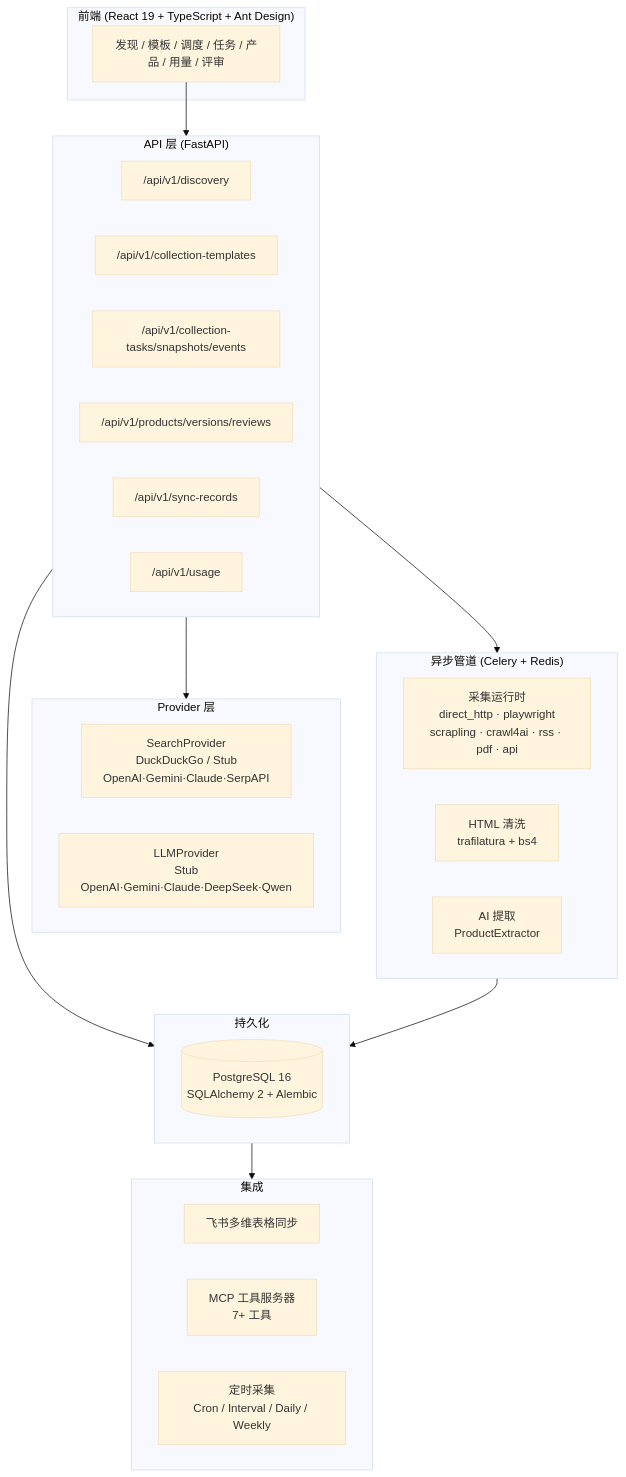
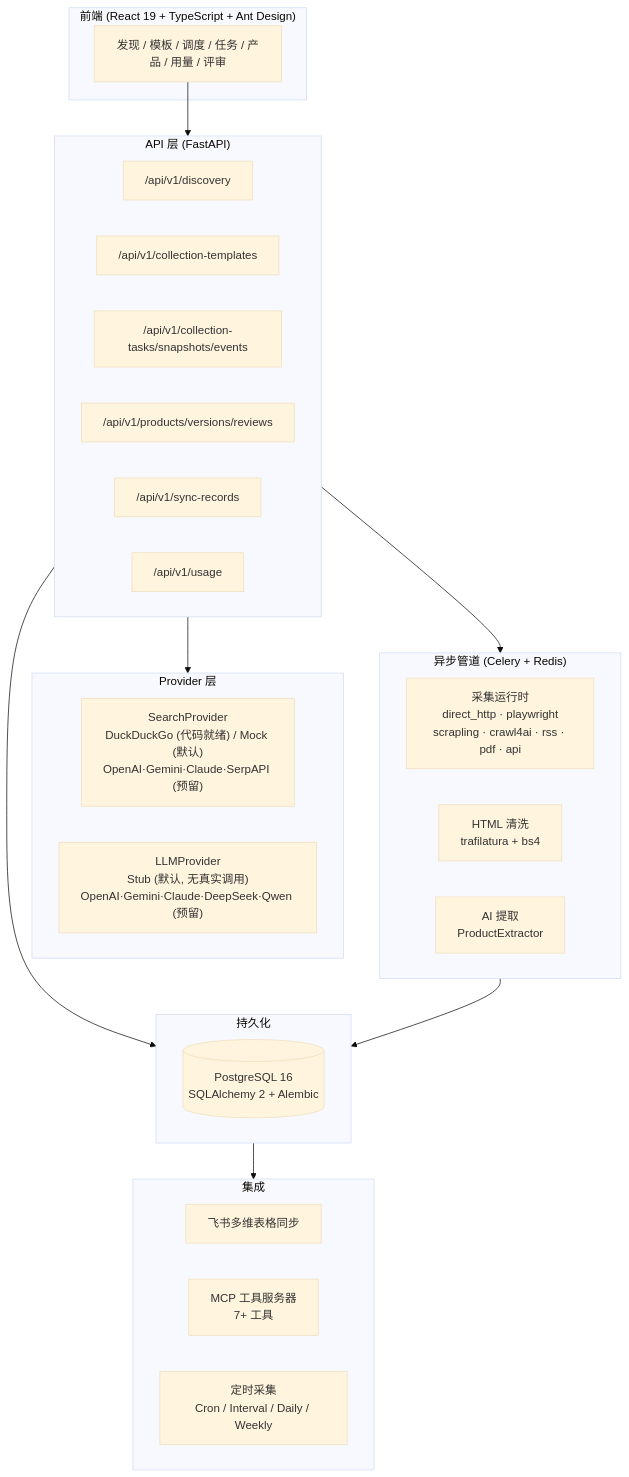
Before and after one commit to a672780966/Competitive-Product-Intelligence-System: the second of 2 diagrams in README.md, drawn with Mermaid (base theme). The commit also changed other lines of this file and 23 other files, not shown here.

````diff
--- a/README.md
+++ b/README.md
@@ -80,44 +81,44 @@
 ```mermaid
 graph TB
     subgraph Frontend["前端 (React 19 + TypeScript + Ant Design)"]
         UI["发现 / 模板 / 调度 / 任务 / 产品 / 用量 / 评审"]
     end
 
     subgraph API["API 层 (FastAPI)"]
         DiscoveryAPI["/api/v1/discovery"]
         TemplatesAPI["/api/v1/collection-templates"]
         TasksAPI["/api/v1/collection-tasks/snapshots/events"]
         ProductsAPI["/api/v1/products/versions/reviews"]
         SyncAPI["/api/v1/sync-records"]
         UsageAPI["/api/v1/usage"]
     end
 
     subgraph Providers["Provider 层"]
         direction LR
-        Search["SearchProvider<br/>DuckDuckGo / Stub<br/>OpenAI·Gemini·Claude·SerpAPI"]
-        LLM["LLMProvider<br/>Stub<br/>OpenAI·Gemini·Claude·DeepSeek·Qwen"]
+        Search["SearchProvider<br/>DuckDuckGo (代码就绪) / Mock (默认)<br/>OpenAI·Gemini·Claude·SerpAPI (预留)"]
+        LLM["LLMProvider<br/>Stub (默认, 无真实调用)<br/>OpenAI·Gemini·Claude·DeepSeek·Qwen (预留)"]
     end
 
     subgraph Pipeline["异步管道 (Celery + Redis)"]
         Collect["采集运行时<br/>direct_http · playwright<br/>scrapling · crawl4ai · rss · pdf · api"]
         Clean["HTML 清洗<br/>trafilatura + bs4"]
         Extract["AI 提取<br/>ProductExtractor"]
     end
 
     subgraph Storage["持久化"]
         DB[("PostgreSQL 16<br/>SQLAlchemy 2 + Alembic")]
     end
 
     subgraph Sync["集成"]
         Feishu["飞书多维表格同步"]
         MCP["MCP 工具服务器<br/>7+ 工具"]
         Sched["定时采集<br/>Cron / Interval / Daily / Weekly"]
     end
 
     UI --> API
     API --> Providers
     API --> Pipeline
     API --> Storage
     Pipeline --> Storage
     Storage --> Sync
 ```
````
